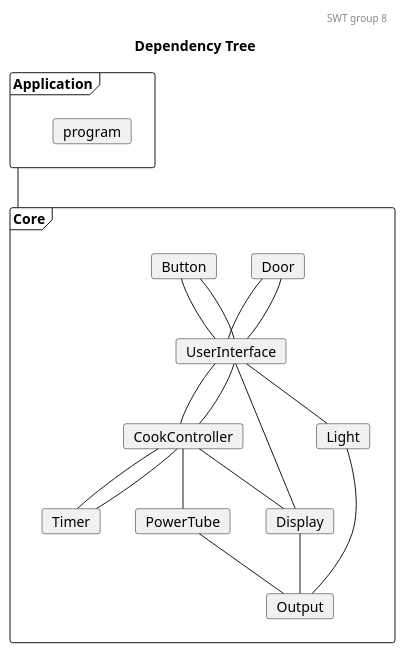
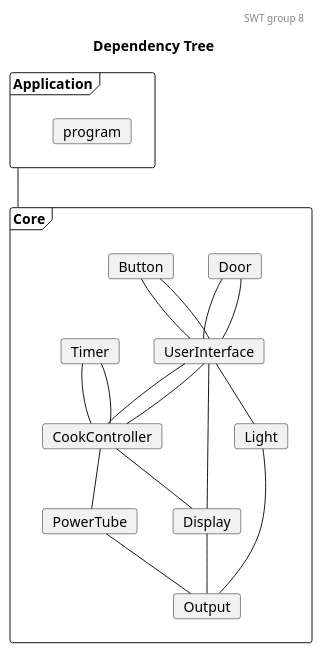
Before and after one commit to mikkel-ol/I4SWT-MicrowaveOven: the diagram in docs/DependencyTree.plantuml, drawn with PlantUML. The commit also changed 1 other file, not shown here.

```diff
--- a/docs/DependencyTree.plantuml
+++ b/docs/DependencyTree.plantuml
@@ -1,77 +1,76 @@
 @startuml
 
 'Testing colors:
 skinparam card{
     backgroundColor<<tested>> lawngreen
     backgroundColor<<sut>> salmon
     backgroundColor<<test>> salmon
     backgroundColor<<fake>> gold
 }
 
 header SWT group 8
 title Dependency Tree
 
 frame Application{
     card program
 }
 
 frame Core{
 '0.
     card Door
     card Button
+    card Timer
 
 '1.
     card UserInterface
 
 '2.
     card CookController
     card Light
 
 '3.
-    card Timer
     card PowerTube
     card Display
 
 '4 
     card Output
 
 
 }
 Application -- Core
 
 'Relations projects
 ' 0. to 1.
 Door -- UserInterface
 Door -- UserInterface
 
 Button -- UserInterface
 Button -- UserInterface
 
 
 'Relations CookController:
 '1.
 UserInterface -- CookController
 UserInterface -- CookController
 '1. to 2.
 'Door - CookController
 
+Timer -- CookController 
+Timer -- CookController
 
 CookController -- PowerTube
 
 '1. to 2.
 UserInterface -- Display
 UserInterface -- Light
 CookController -- Display
-
-CookController -- Timer
-CookController -- Timer 
 
 
 ' Relations 2. to 3.
 Light -- Output
 Display -- Output
 PowerTube -- Output
 
 
 
 @enduml
```
